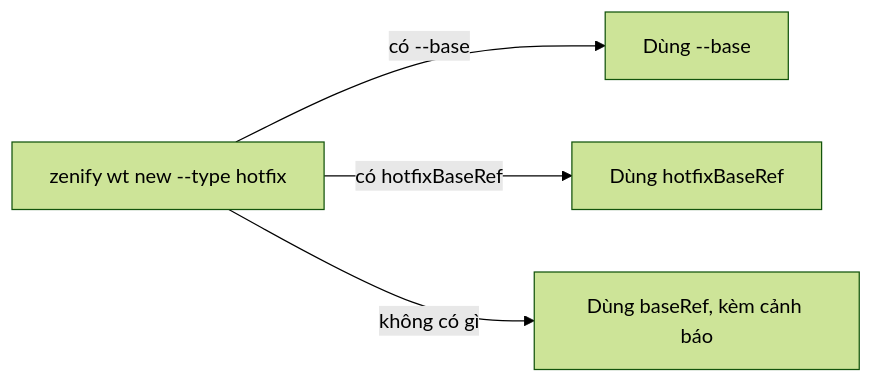
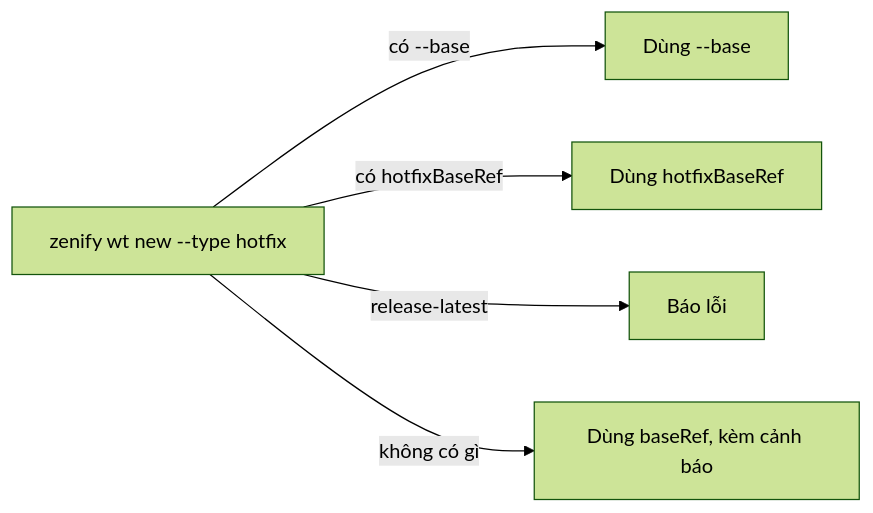
One commit to ZenifyAIContactCenter/zenify-kit changed the diagram in website/concepts/base-ref-and-ports.md. Above: the diagram before and after it, drawn with Mermaid (forest theme). The commit also changed other lines of this file and 27 other files, not shown here.

First line of the commit message:
fix(wt): resolve the hotfix base in one place and retire release-latest

````diff
--- a/website/concepts/base-ref-and-ports.md
+++ b/website/concepts/base-ref-and-ports.md
@@ -42,7 +43,8 @@
 ```mermaid
 flowchart LR
   A["zenify wt new --type hotfix"] -->|có --base| B["Dùng --base"]
   A -->|có hotfixBaseRef| C["Dùng hotfixBaseRef"]
+  A -->|release-latest| E["Báo lỗi"]
   A -->|không có gì| D["Dùng baseRef, kèm cảnh báo"]
   class A action
 ```
````
